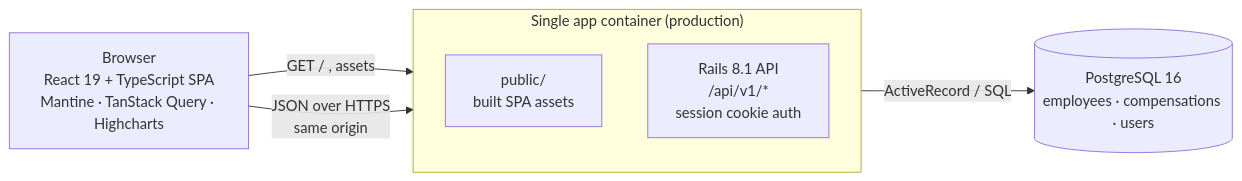
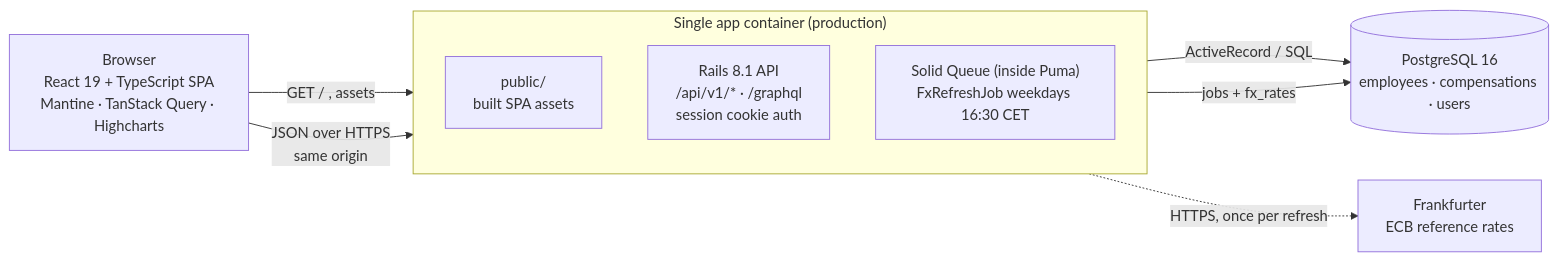
Before and after one commit to sravan44/salary-dashboard: the second of 9 diagrams in docs/architecture-diagrams.md, drawn with Mermaid. The commit also changed 26 other files, not shown here.

First line of the commit message:
feat(fx): keep rates in sync (Solid Queue) and in memory (version check)

````diff
--- a/docs/architecture-diagrams.md
+++ b/docs/architecture-diagrams.md
@@ -24,13 +24,16 @@
 ```mermaid
 flowchart LR
   B["Browser<br/>React 19 + TypeScript SPA<br/>Mantine · TanStack Query · Highcharts"]
   subgraph APP["Single app container (production)"]
     direction TB
     STATIC["public/<br/>built SPA assets"]
-    API["Rails 8.1 API<br/>/api/v1/*<br/>session cookie auth"]
+    API["Rails 8.1 API<br/>/api/v1/* · /graphql<br/>session cookie auth"]
+    JOBS["Solid Queue (inside Puma)<br/>FxRefreshJob weekdays 16:30 CET"]
   end
   DB[("PostgreSQL 16<br/>employees · compensations · users")]
   B -->|GET / , assets| STATIC
   B -->|JSON over HTTPS<br/>same origin| API
   API -->|ActiveRecord / SQL| DB
+  JOBS -->|jobs + fx_rates| DB
+  JOBS -.->|HTTPS, once per refresh| FXP["Frankfurter<br/>ECB reference rates"]
 ```
````
